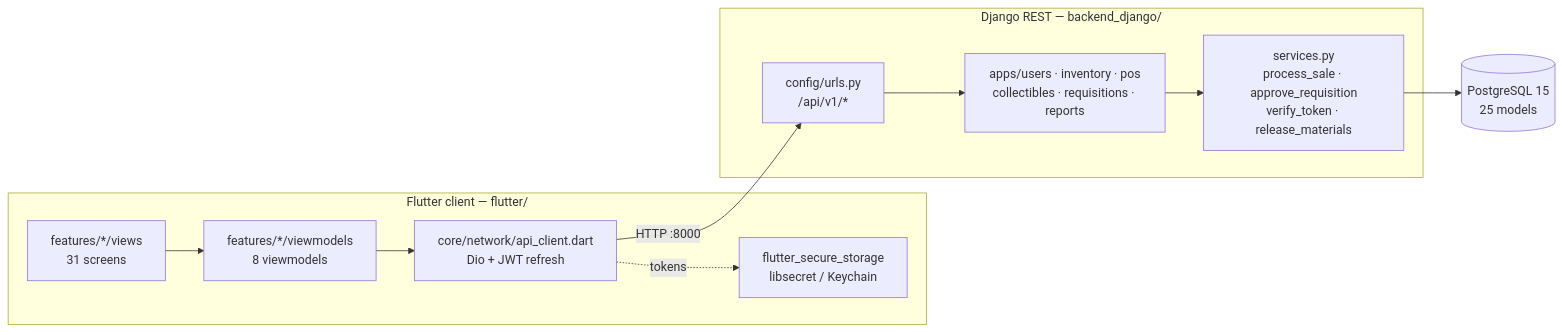
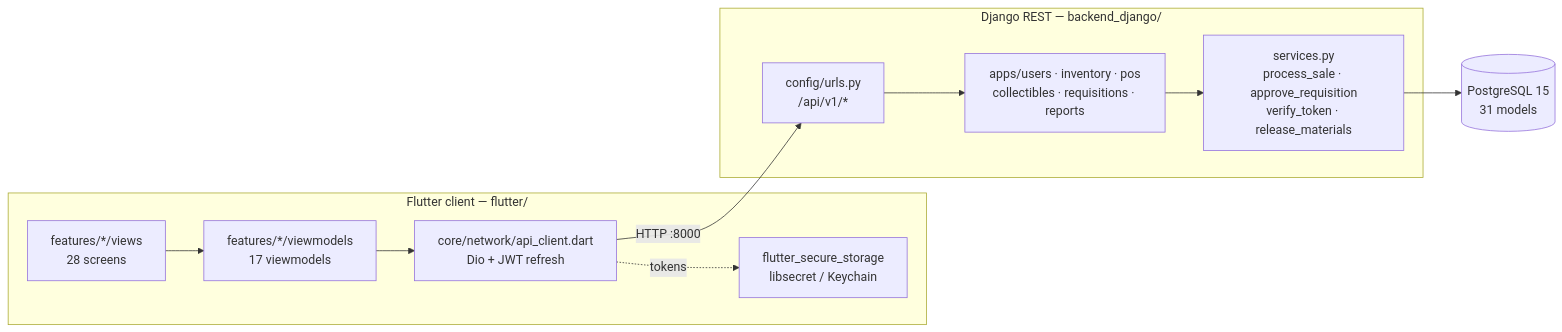
Before and after one commit to ziminni/qb_hardwarestore: the first of 2 diagrams in docs/SYSTEM_ATLAS.md, drawn with Mermaid. The commit also changed other lines of this file and 1 other file, not shown here.

````diff
--- a/docs/SYSTEM_ATLAS.md
+++ b/docs/SYSTEM_ATLAS.md
@@ -13,20 +13,20 @@
 ```mermaid
 flowchart LR
   subgraph Client["Flutter client — flutter/"]
-    UI["features/*/views<br/>31 screens"]
-    VM["features/*/viewmodels<br/>8 viewmodels"]
+    UI["features/*/views<br/>28 screens"]
+    VM["features/*/viewmodels<br/>17 viewmodels"]
     NET["core/network/api_client.dart<br/>Dio + JWT refresh"]
     SEC["flutter_secure_storage<br/>libsecret / Keychain"]
     UI --> VM --> NET
     NET -. tokens .-> SEC
   end
   subgraph Server["Django REST — backend_django/"]
     URLS["config/urls.py<br/>/api/v1/*"]
     APPS["apps/users · inventory · pos<br/>collectibles · requisitions · reports"]
     SVC["services.py<br/>process_sale · approve_requisition<br/>verify_token · release_materials"]
     URLS --> APPS --> SVC
   end
-  DB[("PostgreSQL 15<br/>25 models")]
+  DB[("PostgreSQL 15<br/>31 models")]
   NET -- "HTTP :8000" --> URLS
   SVC --> DB
 ```
````
